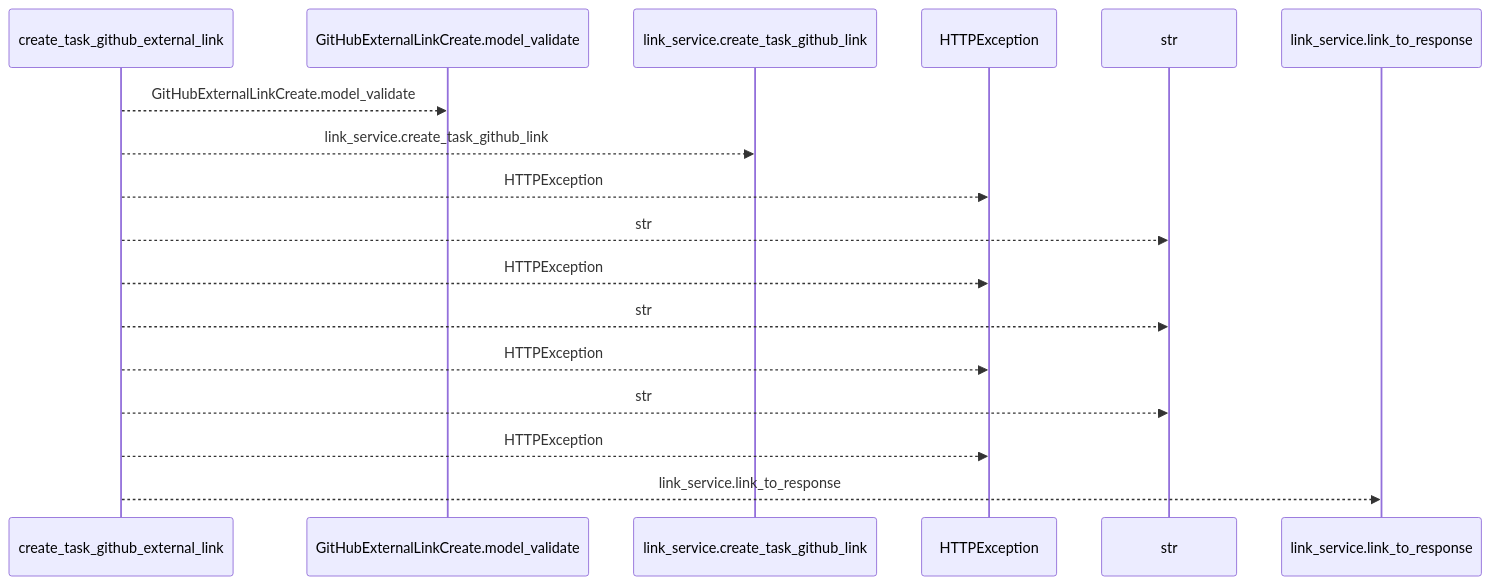
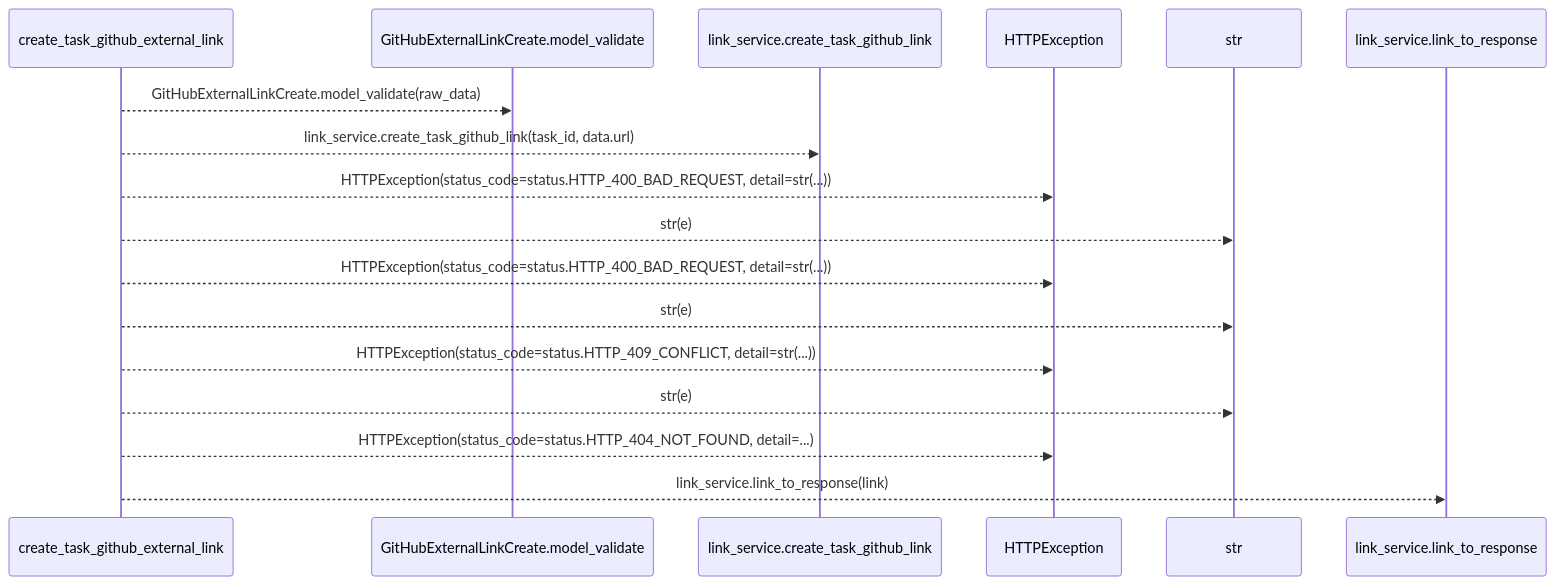
One commit to Denissvgn/WorkChord changed the first of 2 diagrams in docs/llm_wiki/flows/http-create_task_github_external_link.md. Above: the diagram before and after it, drawn with Mermaid. The commit also changed other lines of this file and 25171 other files, not shown here.

````diff
--- a/docs/llm_wiki/flows/http-create_task_github_external_link.md
+++ b/docs/llm_wiki/flows/http-create_task_github_external_link.md
@@ -10,19 +12,19 @@
 ```mermaid
 sequenceDiagram
     participant p0 as create_task_github_external_link
     participant p1 as GitHubExternalLinkCreate.model_validate
     participant p2 as link_service.create_task_github_link
     participant p3 as HTTPException
     participant p4 as str
     participant p5 as link_service.link_to_response
-    p0-->>p1: GitHubExternalLinkCreate.model_validate
-    p0-->>p2: link_service.create_task_github_link
-    p0-->>p3: HTTPException
-    p0-->>p4: str
-    p0-->>p3: HTTPException
-    p0-->>p4: str
-    p0-->>p3: HTTPException
-    p0-->>p4: str
-    p0-->>p3: HTTPException
-    p0-->>p5: link_service.link_to_response
+    p0-->>p1: GitHubExternalLinkCreate.model_validate(raw_data)
+    p0-->>p2: link_service.create_task_github_link(task_id, data.url)
+    p0-->>p3: HTTPException(status_code=status.HTTP_400_BAD_REQUEST, detail=str(...))
+    p0-->>p4: str(e)
+    p0-->>p3: HTTPException(status_code=status.HTTP_400_BAD_REQUEST, detail=str(...))
+    p0-->>p4: str(e)
+    p0-->>p3: HTTPException(status_code=status.HTTP_409_CONFLICT, detail=str(...))
+    p0-->>p4: str(e)
+    p0-->>p3: HTTPException(status_code=status.HTTP_404_NOT_FOUND, detail=...)
+    p0-->>p5: link_service.link_to_response(link)
 ```
````
